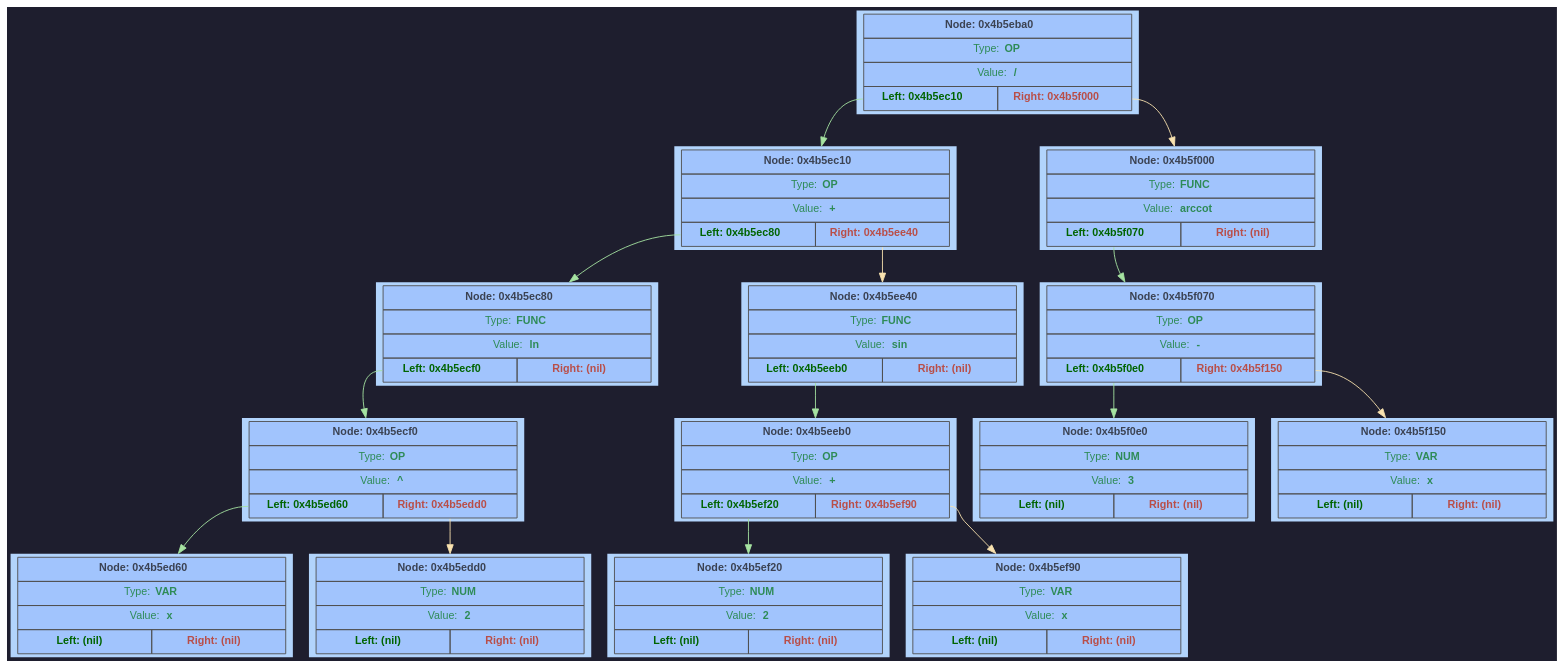
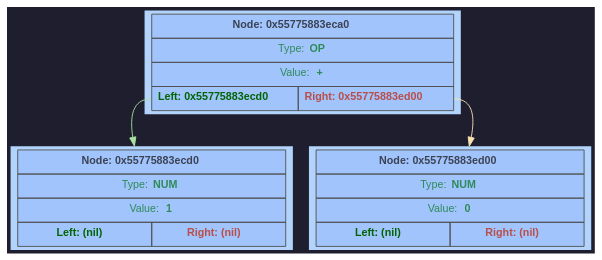
One commit to F1merhub/Differencator changed the diagram in GraphDump/dump.dot. Above: the diagram before and after it, drawn with Graphviz. The commit also changed 44 other files, not shown here.

```diff
--- a/GraphDump/dump.dot
+++ b/GraphDump/dump.dot
@@ -1,158 +1,37 @@
 digraph G {
 	rankdir = TB;
 	bgcolor="#1e1e2e";
 	node [shape=rectangle, style=filled, fontname=Helvetica, fontsize=12, fillcolor="#89b4fa", color="#cba6f7", fontcolor="#1e1e2e"];
-	node0x4b5eba0 [shape=plaintext; style=filled; color="#fcf0d2"; fillcolor="#b2d4fc"; label = <
+	node0x55775883eca0 [shape=plaintext; style=filled; color="#fcf0d2"; fillcolor="#b2d4fc"; label = <
 		<table BORDER="0" CELLBORDER="1" CELLSPACING="0" CELLPADDING="6" BGCOLOR="#a1c4fd" COLOR="#4f4f4f">
-			<tr><td align='center' colspan='2'><FONT COLOR='#3b4252'><b>Node: 0x4b5eba0</b></FONT></td></tr>
-			<tr><td align='center' colspan='2'><FONT COLOR='#2e8b57'>Type: <b>OP</b></FONT></td></tr>
-			<tr><td align='center' colspan='2'><FONT COLOR='#2e8b57'>Value: <b>/</b></FONT></td></tr>
-			<tr>
-				<td WIDTH='150' PORT='left' align='center'><FONT COLOR='#006400'><b>Left: 0x4b5ec10</b></FONT></td>
-				<td WIDTH='150' PORT='right' align='center'><FONT COLOR='#b94e48'><b>Right: 0x4b5f000</b></FONT></td>
-			</tr>
-		</table> >];
-	node0x4b5ec10 [shape=plaintext; style=filled; color="#fcf0d2"; fillcolor="#b2d4fc"; label = <
-		<table BORDER="0" CELLBORDER="1" CELLSPACING="0" CELLPADDING="6" BGCOLOR="#a1c4fd" COLOR="#4f4f4f">
-			<tr><td align='center' colspan='2'><FONT COLOR='#3b4252'><b>Node: 0x4b5ec10</b></FONT></td></tr>
+			<tr><td align='center' colspan='2'><FONT COLOR='#3b4252'><b>Node: 0x55775883eca0</b></FONT></td></tr>
 			<tr><td align='center' colspan='2'><FONT COLOR='#2e8b57'>Type: <b>OP</b></FONT></td></tr>
 			<tr><td align='center' colspan='2'><FONT COLOR='#2e8b57'>Value: <b>+</b></FONT></td></tr>
 			<tr>
-				<td WIDTH='150' PORT='left' align='center'><FONT COLOR='#006400'><b>Left: 0x4b5ec80</b></FONT></td>
-				<td WIDTH='150' PORT='right' align='center'><FONT COLOR='#b94e48'><b>Right: 0x4b5ee40</b></FONT></td>
+				<td WIDTH='150' PORT='left' align='center'><FONT COLOR='#006400'><b>Left: 0x55775883ecd0</b></FONT></td>
+				<td WIDTH='150' PORT='right' align='center'><FONT COLOR='#b94e48'><b>Right: 0x55775883ed00</b></FONT></td>
 			</tr>
 		</table> >];
-	node0x4b5ec80 [shape=plaintext; style=filled; color="#fcf0d2"; fillcolor="#b2d4fc"; label = <
+	node0x55775883ecd0 [shape=plaintext; style=filled; color="#fcf0d2"; fillcolor="#b2d4fc"; label = <
 		<table BORDER="0" CELLBORDER="1" CELLSPACING="0" CELLPADDING="6" BGCOLOR="#a1c4fd" COLOR="#4f4f4f">
-			<tr><td align='center' colspan='2'><FONT COLOR='#3b4252'><b>Node: 0x4b5ec80</b></FONT></td></tr>
-			<tr><td align='center' colspan='2'><FONT COLOR='#2e8b57'>Type: <b>FUNC</b></FONT></td></tr>
-			<tr><td align='center' colspan='2'><FONT COLOR='#2e8b57'>Value: <b>ln</b></FONT></td></tr>
-			<tr>
-				<td WIDTH='150' PORT='left' align='center'><FONT COLOR='#006400'><b>Left: 0x4b5ecf0</b></FONT></td>
-				<td WIDTH='150' PORT='right' align='center'><FONT COLOR='#b94e48'><b>Right: (nil)</b></FONT></td>
-			</tr>
-		</table> >];
-	node0x4b5ecf0 [shape=plaintext; style=filled; color="#fcf0d2"; fillcolor="#b2d4fc"; label = <
-		<table BORDER="0" CELLBORDER="1" CELLSPACING="0" CELLPADDING="6" BGCOLOR="#a1c4fd" COLOR="#4f4f4f">
-			<tr><td align='center' colspan='2'><FONT COLOR='#3b4252'><b>Node: 0x4b5ecf0</b></FONT></td></tr>
-			<tr><td align='center' colspan='2'><FONT COLOR='#2e8b57'>Type: <b>OP</b></FONT></td></tr>
-			<tr><td align='center' colspan='2'><FONT COLOR='#2e8b57'>Value: <b>^</b></FONT></td></tr>
-			<tr>
-				<td WIDTH='150' PORT='left' align='center'><FONT COLOR='#006400'><b>Left: 0x4b5ed60</b></FONT></td>
-				<td WIDTH='150' PORT='right' align='center'><FONT COLOR='#b94e48'><b>Right: 0x4b5edd0</b></FONT></td>
-			</tr>
-		</table> >];
-	node0x4b5ed60 [shape=plaintext; style=filled; color="#fcf0d2"; fillcolor="#b2d4fc"; label = <
-		<table BORDER="0" CELLBORDER="1" CELLSPACING="0" CELLPADDING="6" BGCOLOR="#a1c4fd" COLOR="#4f4f4f">
-			<tr><td align='center' colspan='2'><FONT COLOR='#3b4252'><b>Node: 0x4b5ed60</b></FONT></td></tr>
-			<tr><td align='center' colspan='2'><FONT COLOR='#2e8b57'>Type: <b>VAR</b></FONT></td></tr>
-			<tr><td align='center' colspan='2'><FONT COLOR='#2e8b57'>Value: <b>x</b></FONT></td></tr>
+			<tr><td align='center' colspan='2'><FONT COLOR='#3b4252'><b>Node: 0x55775883ecd0</b></FONT></td></tr>
+			<tr><td align='center' colspan='2'><FONT COLOR='#2e8b57'>Type: <b>NUM</b></FONT></td></tr>
+			<tr><td align='center' colspan='2'><FONT COLOR='#2e8b57'>Value: <b>1</b></FONT></td></tr>
 			<tr>
 				<td WIDTH='150' PORT='left' align='center'><FONT COLOR='#006400'><b>Left: (nil)</b></FONT></td>
 				<td WIDTH='150' PORT='right' align='center'><FONT COLOR='#b94e48'><b>Right: (nil)</b></FONT></td>
 			</tr>
 		</table> >];
-	node0x4b5ecf0:left -> node0x4b5ed60 [color="#a6e3a1"]
-	node0x4b5edd0 [shape=plaintext; style=filled; color="#fcf0d2"; fillcolor="#b2d4fc"; label = <
+	node0x55775883eca0:left -> node0x55775883ecd0 [color="#a6e3a1"]
+	node0x55775883ed00 [shape=plaintext; style=filled; color="#fcf0d2"; fillcolor="#b2d4fc"; label = <
 		<table BORDER="0" CELLBORDER="1" CELLSPACING="0" CELLPADDING="6" BGCOLOR="#a1c4fd" COLOR="#4f4f4f">
-			<tr><td align='center' colspan='2'><FONT COLOR='#3b4252'><b>Node: 0x4b5edd0</b></FONT></td></tr>
+			<tr><td align='center' colspan='2'><FONT COLOR='#3b4252'><b>Node: 0x55775883ed00</b></FONT></td></tr>
 			<tr><td align='center' colspan='2'><FONT COLOR='#2e8b57'>Type: <b>NUM</b></FONT></td></tr>
-			<tr><td align='center' colspan='2'><FONT COLOR='#2e8b57'>Value: <b>2</b></FONT></td></tr>
+			<tr><td align='center' colspan='2'><FONT COLOR='#2e8b57'>Value: <b>0</b></FONT></td></tr>
 			<tr>
 				<td WIDTH='150' PORT='left' align='center'><FONT COLOR='#006400'><b>Left: (nil)</b></FONT></td>
 				<td WIDTH='150' PORT='right' align='center'><FONT COLOR='#b94e48'><b>Right: (nil)</b></FONT></td>
 			</tr>
 		</table> >];
-	node0x4b5ecf0:right -> node0x4b5edd0 [color="#f9e2af"]
-	node0x4b5ec80:left -> node0x4b5ecf0 [color="#a6e3a1"]
-	node0x4b5ec10:left -> node0x4b5ec80 [color="#a6e3a1"]
-	node0x4b5ee40 [shape=plaintext; style=filled; color="#fcf0d2"; fillcolor="#b2d4fc"; label = <
-		<table BORDER="0" CELLBORDER="1" CELLSPACING="0" CELLPADDING="6" BGCOLOR="#a1c4fd" COLOR="#4f4f4f">
-			<tr><td align='center' colspan='2'><FONT COLOR='#3b4252'><b>Node: 0x4b5ee40</b></FONT></td></tr>
-			<tr><td align='center' colspan='2'><FONT COLOR='#2e8b57'>Type: <b>FUNC</b></FONT></td></tr>
-			<tr><td align='center' colspan='2'><FONT COLOR='#2e8b57'>Value: <b>sin</b></FONT></td></tr>
-			<tr>
-				<td WIDTH='150' PORT='left' align='center'><FONT COLOR='#006400'><b>Left: 0x4b5eeb0</b></FONT></td>
-				<td WIDTH='150' PORT='right' align='center'><FONT COLOR='#b94e48'><b>Right: (nil)</b></FONT></td>
-			</tr>
-		</table> >];
-	node0x4b5eeb0 [shape=plaintext; style=filled; color="#fcf0d2"; fillcolor="#b2d4fc"; label = <
-		<table BORDER="0" CELLBORDER="1" CELLSPACING="0" CELLPADDING="6" BGCOLOR="#a1c4fd" COLOR="#4f4f4f">
-			<tr><td align='center' colspan='2'><FONT COLOR='#3b4252'><b>Node: 0x4b5eeb0</b></FONT></td></tr>
-			<tr><td align='center' colspan='2'><FONT COLOR='#2e8b57'>Type: <b>OP</b></FONT></td></tr>
-			<tr><td align='center' colspan='2'><FONT COLOR='#2e8b57'>Value: <b>+</b></FONT></td></tr>
-			<tr>
-				<td WIDTH='150' PORT='left' align='center'><FONT COLOR='#006400'><b>Left: 0x4b5ef20</b></FONT></td>
-				<td WIDTH='150' PORT='right' align='center'><FONT COLOR='#b94e48'><b>Right: 0x4b5ef90</b></FONT></td>
-			</tr>
-		</table> >];
-	node0x4b5ef20 [shape=plaintext; style=filled; color="#fcf0d2"; fillcolor="#b2d4fc"; label = <
-		<table BORDER="0" CELLBORDER="1" CELLSPACING="0" CELLPADDING="6" BGCOLOR="#a1c4fd" COLOR="#4f4f4f">
-			<tr><td align='center' colspan='2'><FONT COLOR='#3b4252'><b>Node: 0x4b5ef20</b></FONT></td></tr>
-			<tr><td align='center' colspan='2'><FONT COLOR='#2e8b57'>Type: <b>NUM</b></FONT></td></tr>
-			<tr><td align='center' colspan='2'><FONT COLOR='#2e8b57'>Value: <b>2</b></FONT></td></tr>
-			<tr>
-				<td WIDTH='150' PORT='left' align='center'><FONT COLOR='#006400'><b>Left: (nil)</b></FONT></td>
-				<td WIDTH='150' PORT='right' align='center'><FONT COLOR='#b94e48'><b>Right: (nil)</b></FONT></td>
-			</tr>
-		</table> >];
-	node0x4b5eeb0:left -> node0x4b5ef20 [color="#a6e3a1"]
-	node0x4b5ef90 [shape=plaintext; style=filled; color="#fcf0d2"; fillcolor="#b2d4fc"; label = <
-		<table BORDER="0" CELLBORDER="1" CELLSPACING="0" CELLPADDING="6" BGCOLOR="#a1c4fd" COLOR="#4f4f4f">
-			<tr><td align='center' colspan='2'><FONT COLOR='#3b4252'><b>Node: 0x4b5ef90</b></FONT></td></tr>
-			<tr><td align='center' colspan='2'><FONT COLOR='#2e8b57'>Type: <b>VAR</b></FONT></td></tr>
-			<tr><td align='center' colspan='2'><FONT COLOR='#2e8b57'>Value: <b>x</b></FONT></td></tr>
-			<tr>
-				<td WIDTH='150' PORT='left' align='center'><FONT COLOR='#006400'><b>Left: (nil)</b></FONT></td>
-				<td WIDTH='150' PORT='right' align='center'><FONT COLOR='#b94e48'><b>Right: (nil)</b></FONT></td>
-			</tr>
-		</table> >];
-	node0x4b5eeb0:right -> node0x4b5ef90 [color="#f9e2af"]
-	node0x4b5ee40:left -> node0x4b5eeb0 [color="#a6e3a1"]
-	node0x4b5ec10:right -> node0x4b5ee40 [color="#f9e2af"]
-	node0x4b5eba0:left -> node0x4b5ec10 [color="#a6e3a1"]
-	node0x4b5f000 [shape=plaintext; style=filled; color="#fcf0d2"; fillcolor="#b2d4fc"; label = <
-		<table BORDER="0" CELLBORDER="1" CELLSPACING="0" CELLPADDING="6" BGCOLOR="#a1c4fd" COLOR="#4f4f4f">
-			<tr><td align='center' colspan='2'><FONT COLOR='#3b4252'><b>Node: 0x4b5f000</b></FONT></td></tr>
-			<tr><td align='center' colspan='2'><FONT COLOR='#2e8b57'>Type: <b>FUNC</b></FONT></td></tr>
-			<tr><td align='center' colspan='2'><FONT COLOR='#2e8b57'>Value: <b>arccot</b></FONT></td></tr>
-			<tr>
-				<td WIDTH='150' PORT='left' align='center'><FONT COLOR='#006400'><b>Left: 0x4b5f070</b></FONT></td>
-				<td WIDTH='150' PORT='right' align='center'><FONT COLOR='#b94e48'><b>Right: (nil)</b></FONT></td>
-			</tr>
-		</table> >];
-	node0x4b5f070 [shape=plaintext; style=filled; color="#fcf0d2"; fillcolor="#b2d4fc"; label = <
-		<table BORDER="0" CELLBORDER="1" CELLSPACING="0" CELLPADDING="6" BGCOLOR="#a1c4fd" COLOR="#4f4f4f">
-			<tr><td align='center' colspan='2'><FONT COLOR='#3b4252'><b>Node: 0x4b5f070</b></FONT></td></tr>
-			<tr><td align='center' colspan='2'><FONT COLOR='#2e8b57'>Type: <b>OP</b></FONT></td></tr>
-			<tr><td align='center' colspan='2'><FONT COLOR='#2e8b57'>Value: <b>-</b></FONT></td></tr>
-			<tr>
-				<td WIDTH='150' PORT='left' align='center'><FONT COLOR='#006400'><b>Left: 0x4b5f0e0</b></FONT></td>
-				<td WIDTH='150' PORT='right' align='center'><FONT COLOR='#b94e48'><b>Right: 0x4b5f150</b></FONT></td>
-			</tr>
-		</table> >];
-	node0x4b5f0e0 [shape=plaintext; style=filled; color="#fcf0d2"; fillcolor="#b2d4fc"; label = <
-		<table BORDER="0" CELLBORDER="1" CELLSPACING="0" CELLPADDING="6" BGCOLOR="#a1c4fd" COLOR="#4f4f4f">
-			<tr><td align='center' colspan='2'><FONT COLOR='#3b4252'><b>Node: 0x4b5f0e0</b></FONT></td></tr>
-			<tr><td align='center' colspan='2'><FONT COLOR='#2e8b57'>Type: <b>NUM</b></FONT></td></tr>
-			<tr><td align='center' colspan='2'><FONT COLOR='#2e8b57'>Value: <b>3</b></FONT></td></tr>
-			<tr>
-				<td WIDTH='150' PORT='left' align='center'><FONT COLOR='#006400'><b>Left: (nil)</b></FONT></td>
-				<td WIDTH='150' PORT='right' align='center'><FONT COLOR='#b94e48'><b>Right: (nil)</b></FONT></td>
-			</tr>
-		</table> >];
-	node0x4b5f070:left -> node0x4b5f0e0 [color="#a6e3a1"]
-	node0x4b5f150 [shape=plaintext; style=filled; color="#fcf0d2"; fillcolor="#b2d4fc"; label = <
-		<table BORDER="0" CELLBORDER="1" CELLSPACING="0" CELLPADDING="6" BGCOLOR="#a1c4fd" COLOR="#4f4f4f">
-			<tr><td align='center' colspan='2'><FONT COLOR='#3b4252'><b>Node: 0x4b5f150</b></FONT></td></tr>
-			<tr><td align='center' colspan='2'><FONT COLOR='#2e8b57'>Type: <b>VAR</b></FONT></td></tr>
-			<tr><td align='center' colspan='2'><FONT COLOR='#2e8b57'>Value: <b>x</b></FONT></td></tr>
-			<tr>
-				<td WIDTH='150' PORT='left' align='center'><FONT COLOR='#006400'><b>Left: (nil)</b></FONT></td>
-				<td WIDTH='150' PORT='right' align='center'><FONT COLOR='#b94e48'><b>Right: (nil)</b></FONT></td>
-			</tr>
-		</table> >];
-	node0x4b5f070:right -> node0x4b5f150 [color="#f9e2af"]
-	node0x4b5f000:left -> node0x4b5f070 [color="#a6e3a1"]
-	node0x4b5eba0:right -> node0x4b5f000 [color="#f9e2af"]
+	node0x55775883eca0:right -> node0x55775883ed00 [color="#f9e2af"]
 }
```
